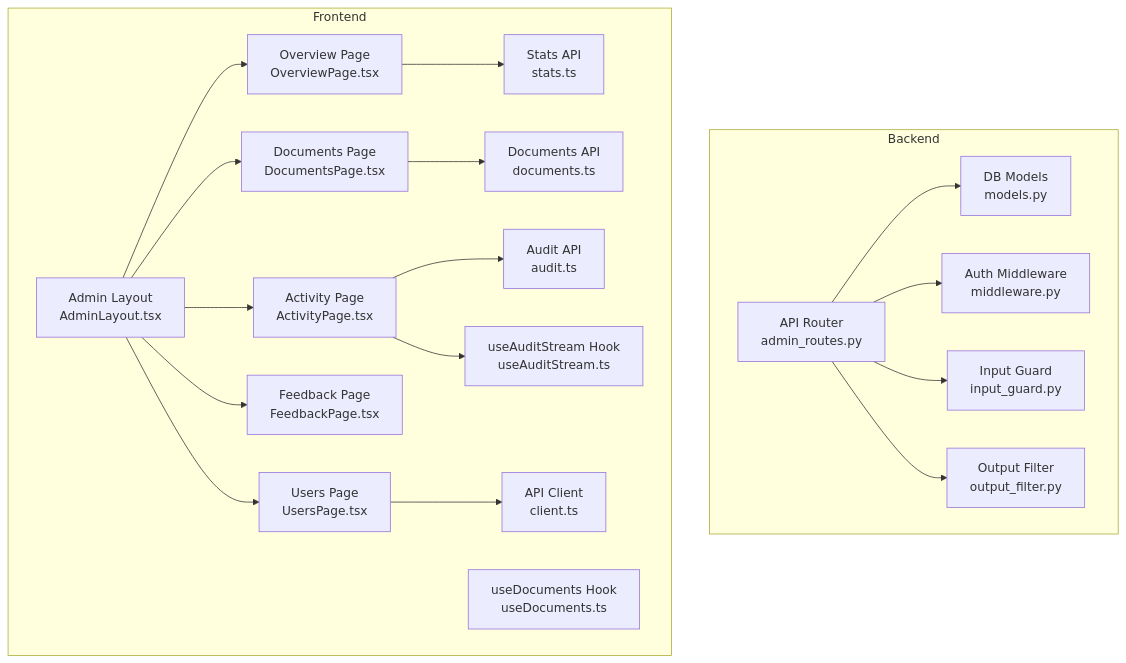
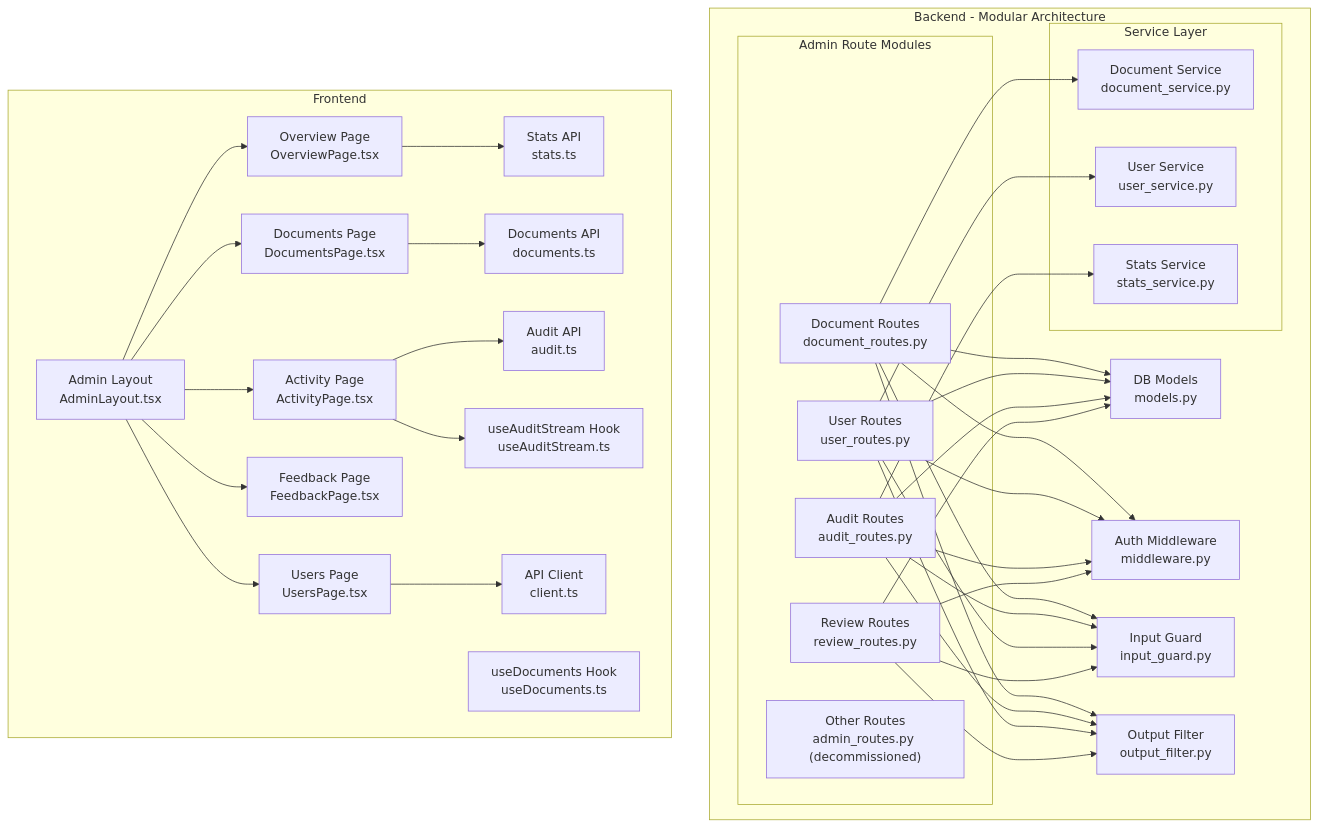
The first of 7 diagrams in .qoder/repowiki/en/content/Backend Development/API Endpoints/Admin Endpoints.md (genes8/private-ai), drawn with Mermaid before and after one commit. The commit also changed other lines of this file and 55 other files, not shown here.

````diff
--- a/.qoder/repowiki/en/content/Backend Development/API Endpoints/Admin Endpoints.md
+++ b/.qoder/repowiki/en/content/Backend Development/API Endpoints/Admin Endpoints.md
@@ -42,38 +57,64 @@
 ```mermaid
 graph TB
-subgraph "Backend"
-R["API Router<br/>admin_routes.py"]
+subgraph "Backend - Modular Architecture"
+subgraph "Admin Route Modules"
+DR["Document Routes<br/>document_routes.py"]
+UR["User Routes<br/>user_routes.py"]
+AR["Audit Routes<br/>audit_routes.py"]
+RR["Review Routes<br/>review_routes.py"]
+OR["Other Routes<br/>admin_routes.py (decommissioned)"]
+end
+subgraph "Service Layer"
+DS["Document Service<br/>document_service.py"]
+US["User Service<br/>user_service.py"]
+SS["Stats Service<br/>stats_service.py"]
+end
 M["Auth Middleware<br/>middleware.py"]
 D["DB Models<br/>models.py"]
 IG["Input Guard<br/>input_guard.py"]
 OF["Output Filter<br/>output_filter.py"]
 end
 subgraph "Frontend"
 AL["Admin Layout<br/>AdminLayout.tsx"]
 OP["Overview Page<br/>OverviewPage.tsx"]
 DP["Documents Page<br/>DocumentsPage.tsx"]
 AP["Activity Page<br/>ActivityPage.tsx"]
 FP["Feedback Page<br/>FeedbackPage.tsx"]
 UP["Users Page<br/>UsersPage.tsx"]
 AC["API Client<br/>client.ts"]
 AUD["Audit API<br/>audit.ts"]
 ST["Stats API<br/>stats.ts"]
 UDS["useDocuments Hook<br/>useDocuments.ts"]
 UAS["useAuditStream Hook<br/>useAuditStream.ts"]
 DOCS["Documents API<br/>documents.ts"]
 end
 AL --> OP
 AL --> DP
 AL --> AP
 AL --> FP
 AL --> UP
 OP --> ST
 DP --> DOCS
 AP --> AUD
 AP --> UAS
 UP --> AC
-R --> D
-R --> M
-R --> IG
-R --> OF
+DR --> DS
+UR --> US
+AR --> SS
+DR --> D
+UR --> D
+AR --> D
+RR --> D
+DR --> M
+UR --> M
+AR --> M
+RR --> M
+DR --> IG
+AR --> IG
+UR --> IG
+RR --> IG
+DR --> OF
+AR --> OF
+UR --> OF
+RR --> OF
 ```
````
